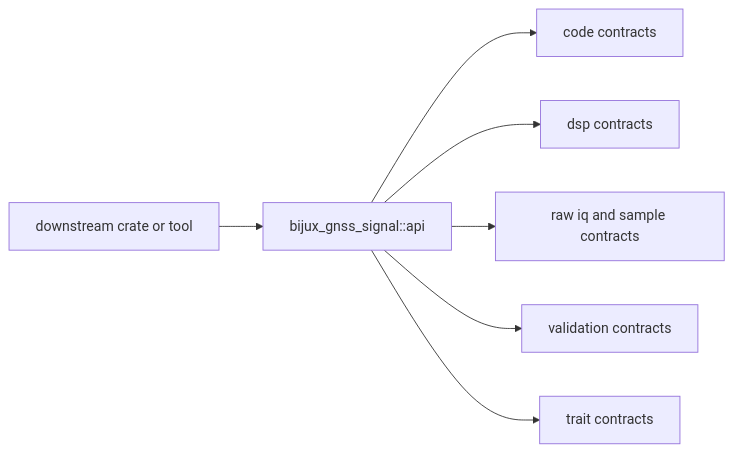
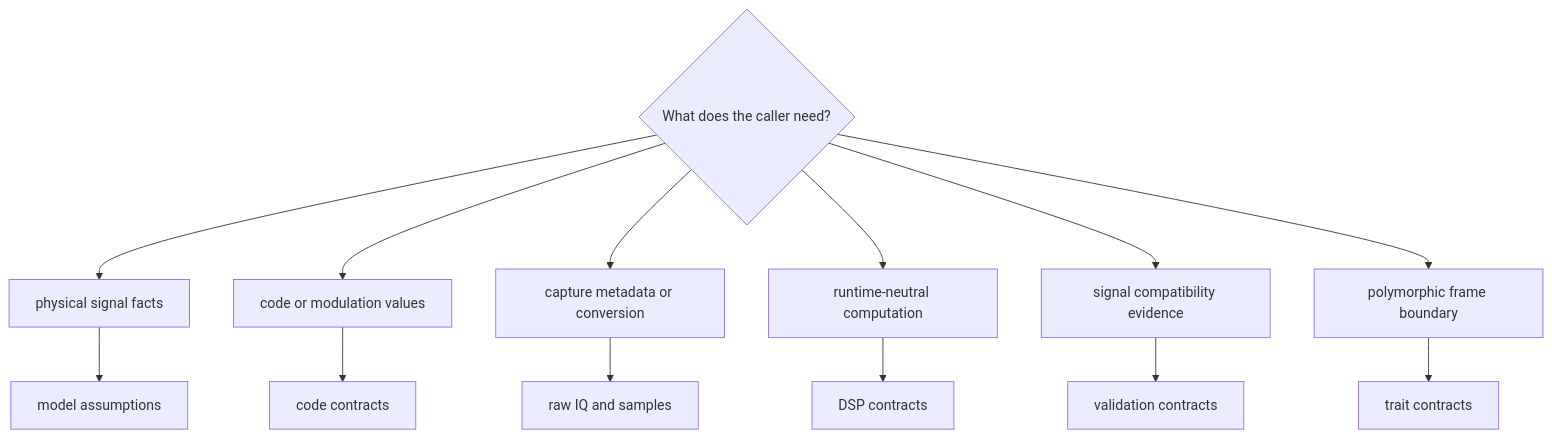
One commit to bijux/bijux-telecom changed the first of 2 diagrams in docs/06-bijux-gnss-signal/interfaces/index.md. Above: the diagram before and after it, drawn with Mermaid. The commit also changed other lines of this file and 1 other file, not shown here.

Commit message:
docs(signal): connect physical contracts to consumers

````diff
--- a/docs/06-bijux-gnss-signal/interfaces/index.md
+++ b/docs/06-bijux-gnss-signal/interfaces/index.md
@@ -22,17 +20,17 @@
 ```mermaid
-flowchart LR
-    caller["downstream crate or tool"]
-    api["bijux_gnss_signal::api"]
-    codes["code contracts"]
-    dsp["dsp contracts"]
-    samples["raw iq and sample contracts"]
-    validation["validation contracts"]
-    traits["trait contracts"]
+flowchart TD
+    need{"What does the caller need?"}
+    identity["physical signal facts"]
+    code["code or modulation values"]
+    samples["capture metadata or conversion"]
+    dsp["runtime-neutral computation"]
+    validation["signal compatibility evidence"]
+    traits["polymorphic frame boundary"]
 
-    caller --> api
-    api --> codes
-    api --> dsp
-    api --> samples
-    api --> validation
-    api --> traits
+    need --> identity --> identity_page["model assumptions"]
+    need --> code --> code_page["code contracts"]
+    need --> samples --> sample_page["raw IQ and samples"]
+    need --> dsp --> dsp_page["DSP contracts"]
+    need --> validation --> validation_page["validation contracts"]
+    need --> traits --> trait_page["trait contracts"]
 ```
````
